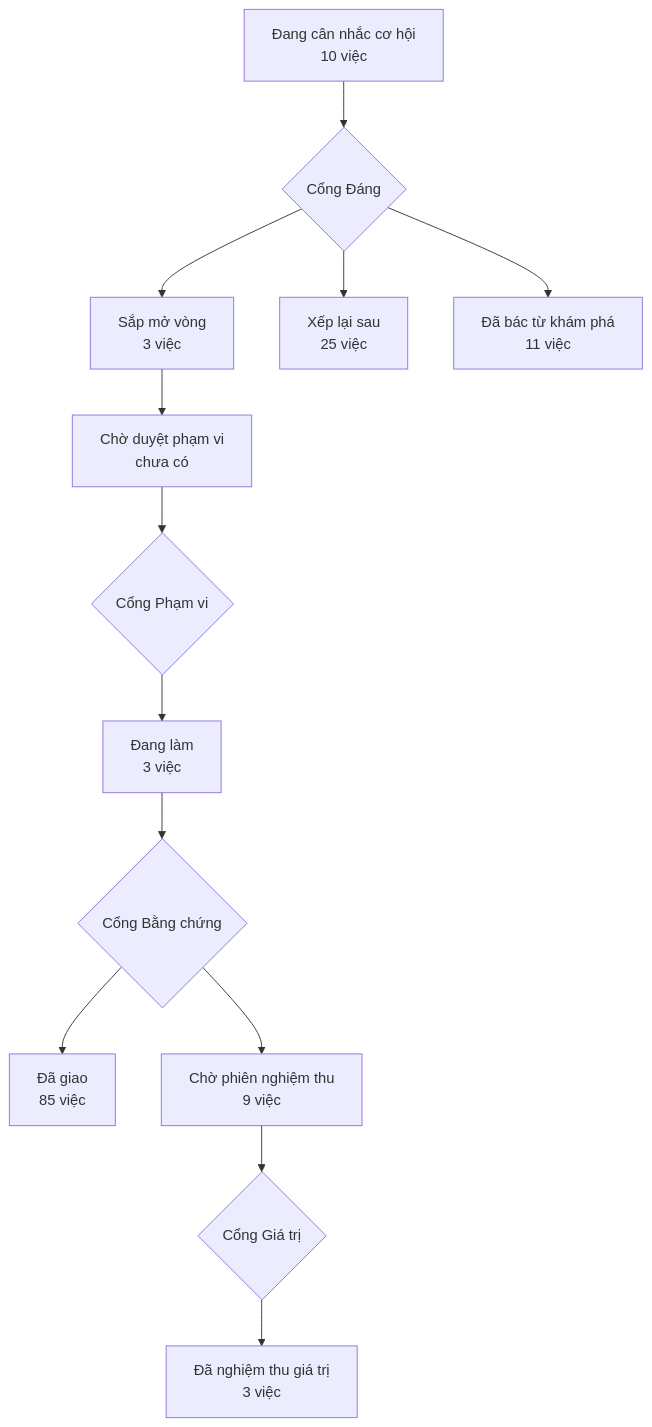
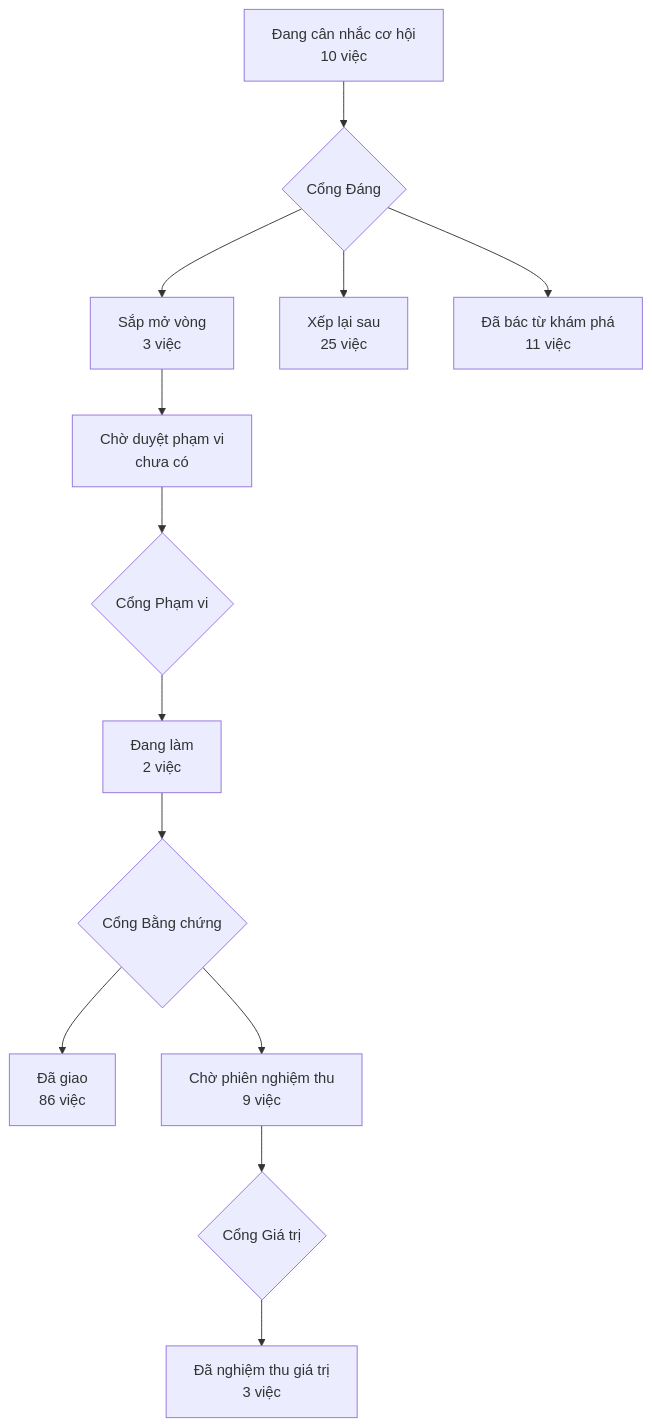
The diagram in PRODUCT-MAP.md (phanlemanh/acceptance-gate-kit), drawn with Mermaid before and after one commit. The commit also changed 4 other files, not shown here.

````diff
--- a/PRODUCT-MAP.md
+++ b/PRODUCT-MAP.md
@@ -6,12 +6,12 @@
 ```mermaid
 flowchart TD
   A["Đang cân nhắc cơ hội<br/>10 việc"] --> GD{"Cổng Đáng"}
   GD --> B["Sắp mở vòng<br/>3 việc"]
   GD --> XL["Xếp lại sau<br/>25 việc"]
   GD --> DB["Đã bác từ khám phá<br/>11 việc"]
   B --> CD["Chờ duyệt phạm vi<br/>chưa có"] --> GP{"Cổng Phạm vi"}
-  GP --> DL["Đang làm<br/>3 việc"] --> GB{"Cổng Bằng chứng"}
-  GB --> DG["Đã giao<br/>85 việc"]
+  GP --> DL["Đang làm<br/>2 việc"] --> GB{"Cổng Bằng chứng"}
+  GB --> DG["Đã giao<br/>86 việc"]
   GB --> CN["Chờ phiên nghiệm thu<br/>9 việc"] --> GG{"Cổng Giá trị"}
   GG --> NT["Đã nghiệm thu giá trị<br/>3 việc"]
 ```
````
